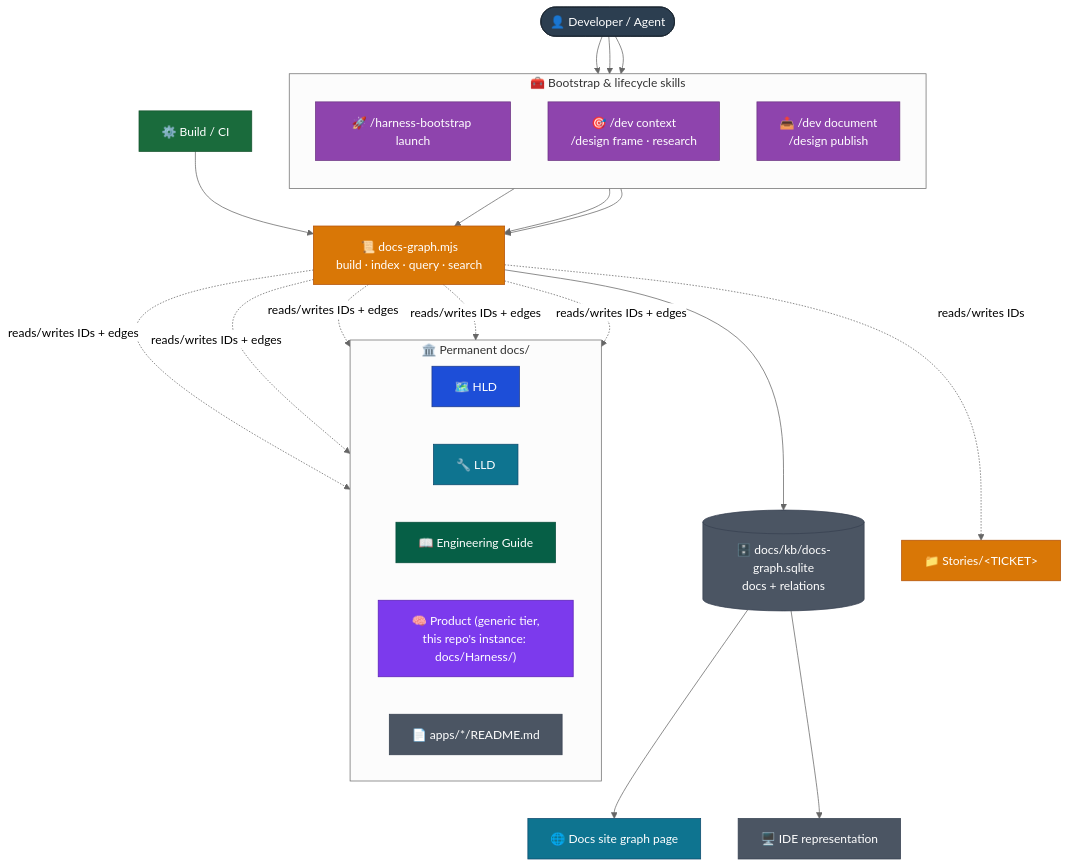
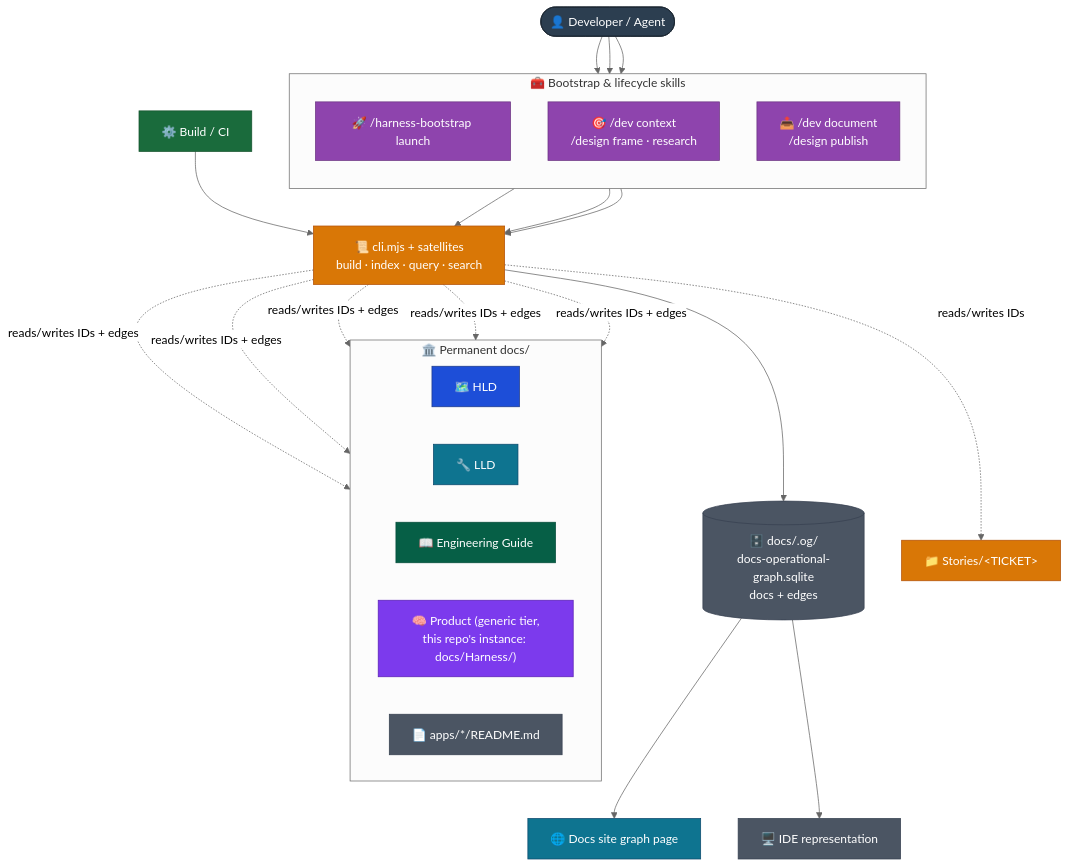
One commit to DataArt/artisyn-implementation-harness changed the first of 5 diagrams in docs/Harness/07 Knowledge Graph/01 Ops Model.md. Above: the diagram before and after it, drawn with Mermaid (neutral theme). The commit also changed other lines of this file and 10 other files, not shown here.

Commit message:
docs(architecture): describe the operational graph's HLD/LLD/Harness boundary

````diff
--- a/docs/Harness/07 Knowledge Graph/01 Ops Model.md
+++ b/docs/Harness/07 Knowledge Graph/01 Ops Model.md
@@ -13,57 +13,57 @@
 ```mermaid
 flowchart TD
     DEV(["👤 Developer / Agent"]):::actor
 
     subgraph HARNESS ["🧰 Bootstrap & lifecycle skills"]
         direction TB
         BOOT["🚀 /harness-bootstrap launch"]:::skill
         CTX["🎯 /dev context\n/design frame · research"]:::skill
         PUB["📤 /dev document\n/design publish"]:::skill
     end
 
-    SCRIPT["📜 docs-graph.mjs\nbuild · index · query · search"]:::tool
-    DB[("🗄️ docs/kb/docs-graph.sqlite\ndocs + relations")]:::store
+    SCRIPT["📜 cli.mjs + satellites\nbuild · index · query · search"]:::tool
+    DB[("🗄️ docs/.og/\ndocs-operational-graph.sqlite\ndocs + edges")]:::store
 
     subgraph DOCS ["🏛️ Permanent docs/"]
         direction LR
         HLD["🗺️ HLD"]:::hld
         LLD["🔧 LLD"]:::lld
         EG["📖 Engineering Guide"]:::eg
         PCTX["🧠 Product (generic tier,\nthis repo's instance: docs/Harness/)"]:::pctx
         README["📄 apps/*/README.md"]:::readme
     end
     STORY["📁 Stories/&lt;TICKET&gt;"]:::story
 
     CI["⚙️ Build / CI"]:::infra
     WEB["🌐 Docs site graph page"]:::web
     IDE["🖥️ IDE representation"]:::ide
 
     DEV --> BOOT & CTX & PUB
     BOOT --> SCRIPT
     CTX --> SCRIPT
     PUB --> SCRIPT
     SCRIPT --> DB
     SCRIPT -. reads/writes IDs + edges .-> HLD
     SCRIPT -. reads/writes IDs + edges .-> LLD
     SCRIPT -. reads/writes IDs + edges .-> EG
     SCRIPT -. reads/writes IDs + edges .-> PCTX
     SCRIPT -. reads/writes IDs + edges .-> README
     SCRIPT -. reads/writes IDs .-> STORY
     CI --> SCRIPT
     DB --> WEB
     DB --> IDE
 
     classDef actor fill:#2C3E50,stroke:#1A252F,color:#fff
     classDef skill fill:#8E44AD,stroke:#6C3483,color:#fff
     classDef tool  fill:#D97706,stroke:#B45309,color:#fff
     classDef store fill:#4B5563,stroke:#374151,color:#fff
     classDef hld   fill:#1D4ED8,stroke:#1e3a8a,color:#fff
     classDef lld   fill:#0E7490,stroke:#0c4a6e,color:#fff
     classDef eg    fill:#065F46,stroke:#064e3b,color:#fff
     classDef pctx  fill:#7C3AED,stroke:#5B21B6,color:#fff
     classDef story fill:#D97706,stroke:#B45309,color:#fff
     classDef infra fill:#1A6B3C,stroke:#14532d,color:#fff
     classDef web   fill:#0E7490,stroke:#0c4a6e,color:#fff
     classDef ide   fill:#4B5563,stroke:#374151,color:#fff
     classDef readme fill:#4B5563,stroke:#374151,color:#fff
 ```
````
